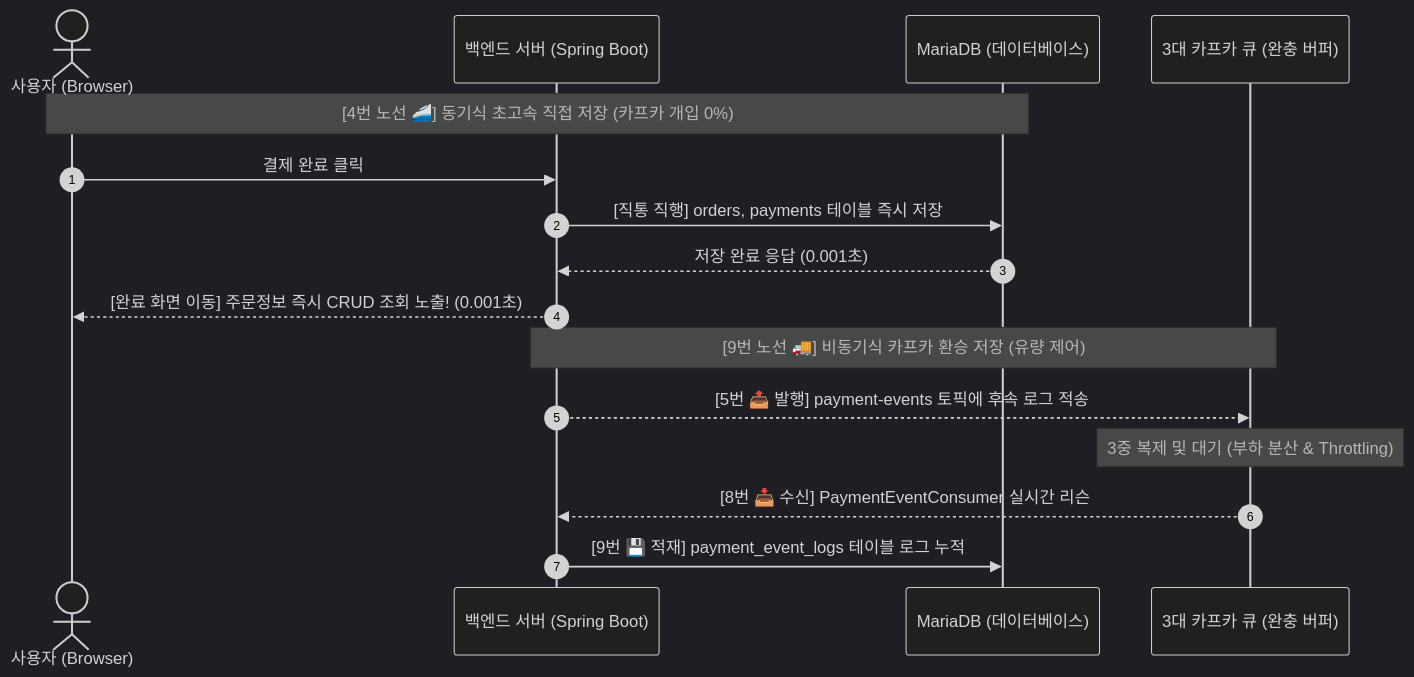
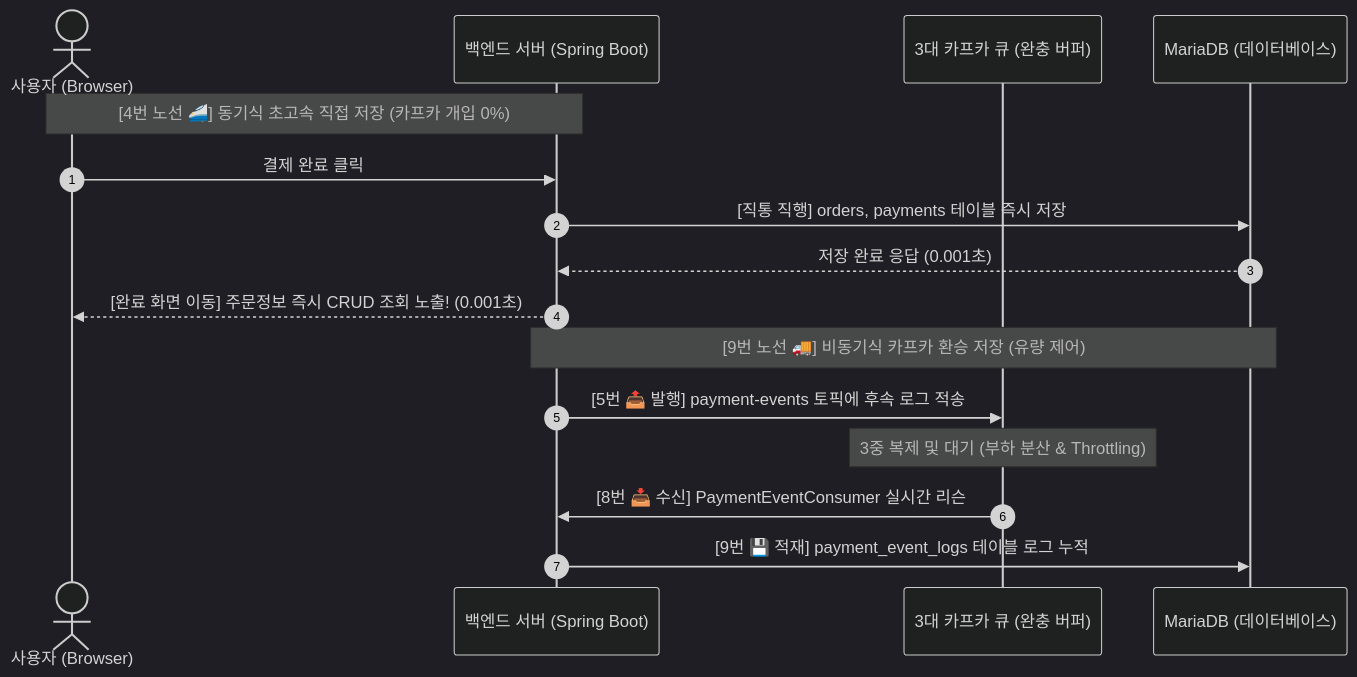
The diagram in notion_summary.md (gatsby6060/jghshopmall), drawn with Mermaid (dark theme) before and after one commit.

Commit message:
fix: 시퀀스 다이어그램 participant 순서 수정 - 카프카를 DB 왼쪽에 배치 (Back→Kafka→DB)

````diff
--- a/notion_summary.md
+++ b/notion_summary.md
@@ -655,20 +655,20 @@
 ```mermaid
 sequenceDiagram
     autonumber
     actor User as 사용자 (Browser)
     participant Back as 백엔드 서버 (Spring Boot)
+    participant Kafka as 3대 카프카 큐 (완충 버퍼)
     participant DB as MariaDB (데이터베이스)
-    participant Kafka as 3대 카프카 큐 (완충 버퍼)
 
-    Note over User, DB: [4번 노선 🚄] 동기식 초고속 직접 저장 (카프카 개입 0%)
+    Note over User, Back: [4번 노선 🚄] 동기식 초고속 직접 저장 (카프카 개입 0%)
     User->>Back: 결제 완료 클릭
     Back->>DB: [직통 직행] orders, payments 테이블 즉시 저장
     DB-->>Back: 저장 완료 응답 (0.001초)
     Back-->>User: [완료 화면 이동] 주문정보 즉시 CRUD 조회 노출! (0.001초)
 
-    Note over Back, Kafka: [9번 노선 🚚] 비동기식 카프카 환승 저장 (유량 제어)
-    Back-->>Kafka: [5번 📤 발행] payment-events 토픽에 후속 로그 적송
+    Note over Back, DB: [9번 노선 🚚] 비동기식 카프카 환승 저장 (유량 제어)
+    Back->>Kafka: [5번 📤 발행] payment-events 토픽에 후속 로그 적송
     Note over Kafka: 3중 복제 및 대기 (부하 분산 & Throttling)
-    Kafka-->>Back: [8번 📥 수신] PaymentEventConsumer 실시간 리슨
+    Kafka->>Back: [8번 📥 수신] PaymentEventConsumer 실시간 리슨
     Back->>DB: [9번 💾 적재] payment_event_logs 테이블 로그 누적
 ```
````
